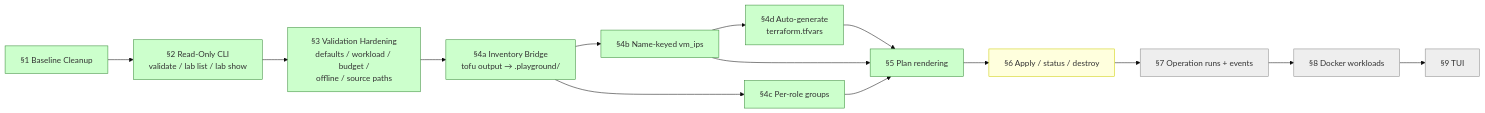
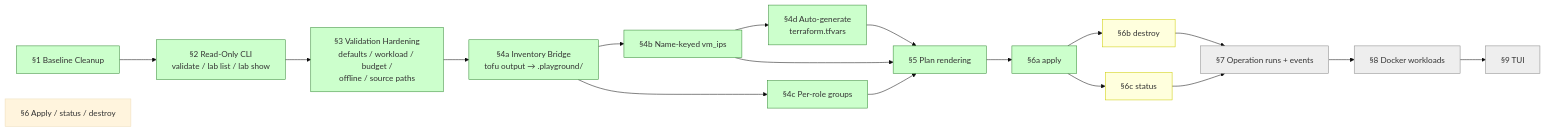
The seventh of 7 diagrams in docs/system_overview.md (spicysauce1955-stack/playground), drawn with Mermaid (base theme) before and after one commit. The commit also changed other lines of this file and 10 other files, not shown here.

````diff
--- a/docs/system_overview.md
+++ b/docs/system_overview.md
@@ -361,29 +362,34 @@
 ```mermaid
 flowchart LR
     s1[§1 Baseline Cleanup]
     s2[§2 Read-Only CLI<br/>validate / lab list / lab show]
     s3[§3 Validation Hardening<br/>defaults / workload / budget /<br/>offline / source paths]
     s4a[§4a Inventory Bridge<br/>tofu output → .playground/]
     s4b[§4b Name-keyed vm_ips]
     s4c[§4c Per-role groups]
     s5[§5 Plan rendering]
     s6[§6 Apply / status / destroy]
     s7[§7 Operation runs + events]
     s8[§8 Docker workloads]
     s9[§9 TUI]
 
     s1 --> s2 --> s3 --> s4a --> s4b
     s4a --> s4c
     s4b --> s4d[§4d Auto-generate<br/>terraform.tfvars]
     s4b --> s5
     s4c --> s5
     s4d --> s5
-    s5 --> s6 --> s7 --> s8 --> s9
+    s5 --> s6a[§6a apply]
+    s6a --> s6b[§6b destroy]
+    s6a --> s6c[§6c status]
+    s6b --> s7
+    s6c --> s7
+    s7 --> s8 --> s9
 
     classDef done fill:#cfc,stroke:#383
     classDef next fill:#ffd,stroke:#cc0
     classDef queued fill:#eee,stroke:#888
-    class s1,s2,s3,s4a,s4b,s4c,s4d,s5 done
-    class s6 next
+    class s1,s2,s3,s4a,s4b,s4c,s4d,s5,s6a done
+    class s6b,s6c next
     class s7,s8,s9 queued
 ```
````
